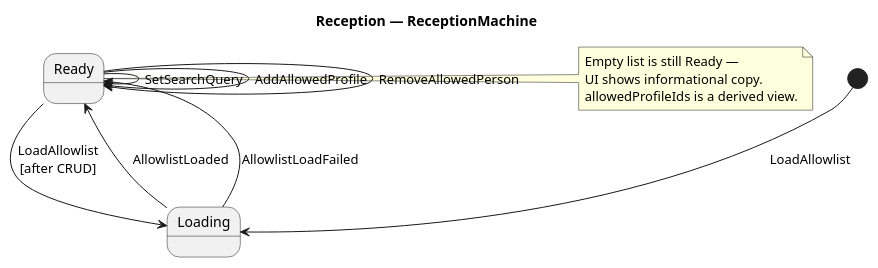
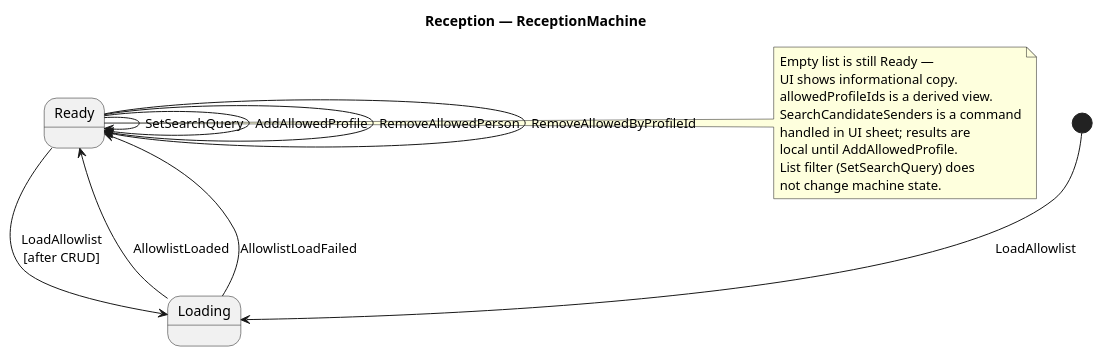
Before and after one commit to alfred-im/alfred-im: the diagram in docs/model/uml/reception/reception-allowlist-state.puml, drawn with PlantUML. The commit also changed 97 other files, not shown here.

```diff
--- a/docs/model/uml/reception/reception-allowlist-state.puml
+++ b/docs/model/uml/reception/reception-allowlist-state.puml
@@ -1,27 +1,33 @@
 @startuml reception-allowlist-state
 ' Context: reception
 ' SDD: PROM-RECEPTION-FILTER, SYS-RECEPTION
-' Revision: 2026-07-19
+' Revision: 2026-07-27
 
 title Reception — ReceptionMachine
 
 state Loading
 state Ready
 
 [*] --> Loading : LoadAllowlist
 
 Loading --> Ready : AllowlistLoaded
 Loading --> Ready : AllowlistLoadFailed
 
 Ready --> Loading : LoadAllowlist\n[after CRUD]
 Ready --> Ready : SetSearchQuery
 Ready --> Ready : AddAllowedProfile
 Ready --> Ready : RemoveAllowedPerson
+Ready --> Ready : RemoveAllowedByProfileId
 
 note right of Ready
   Empty list is still Ready —
   UI shows informational copy.
   allowedProfileIds is a derived view.
+  SearchCandidateSenders is a command
+  handled in UI sheet; results are
+  local until AddAllowedProfile.
+  List filter (SetSearchQuery) does
+  not change machine state.
 end note
 
 @enduml
```
